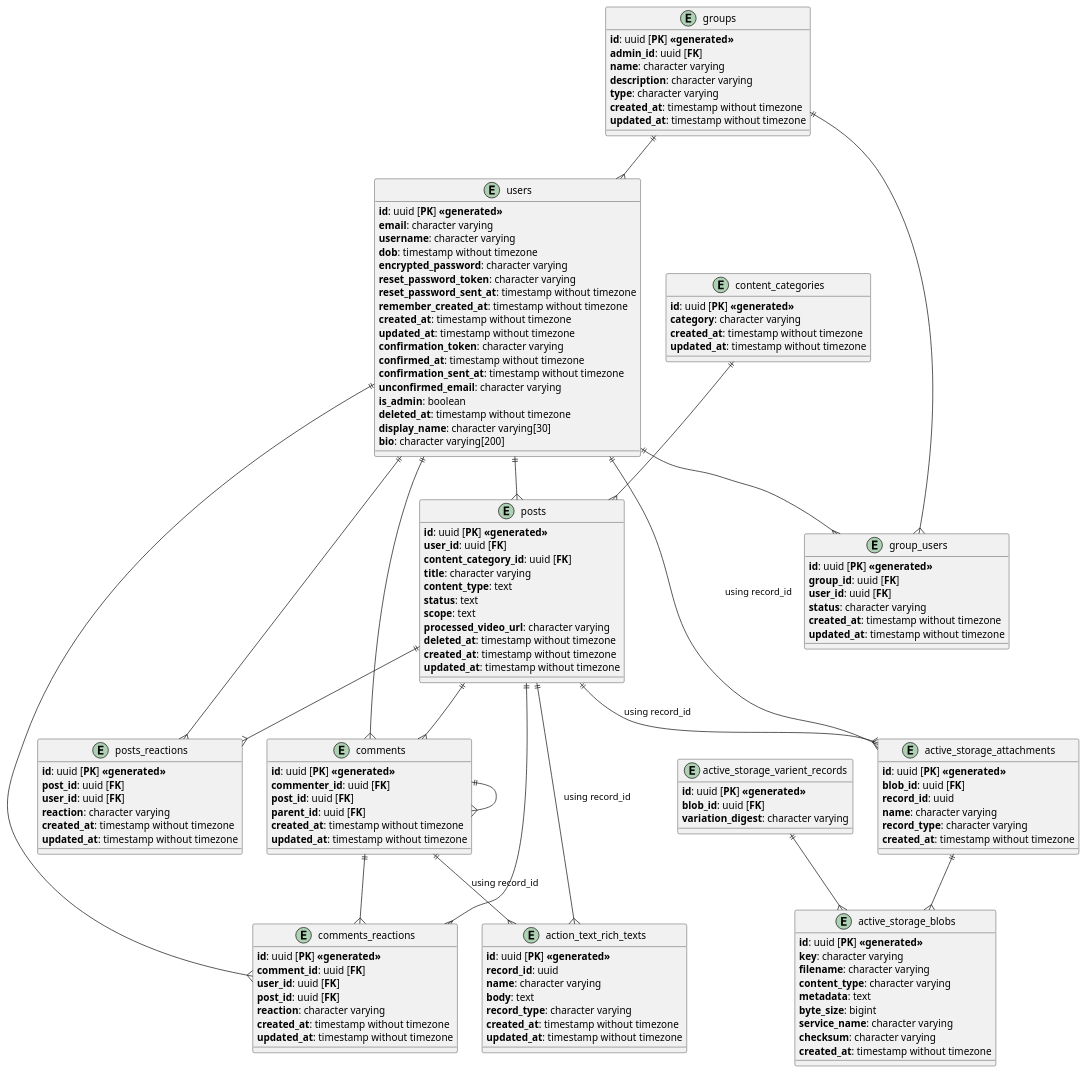
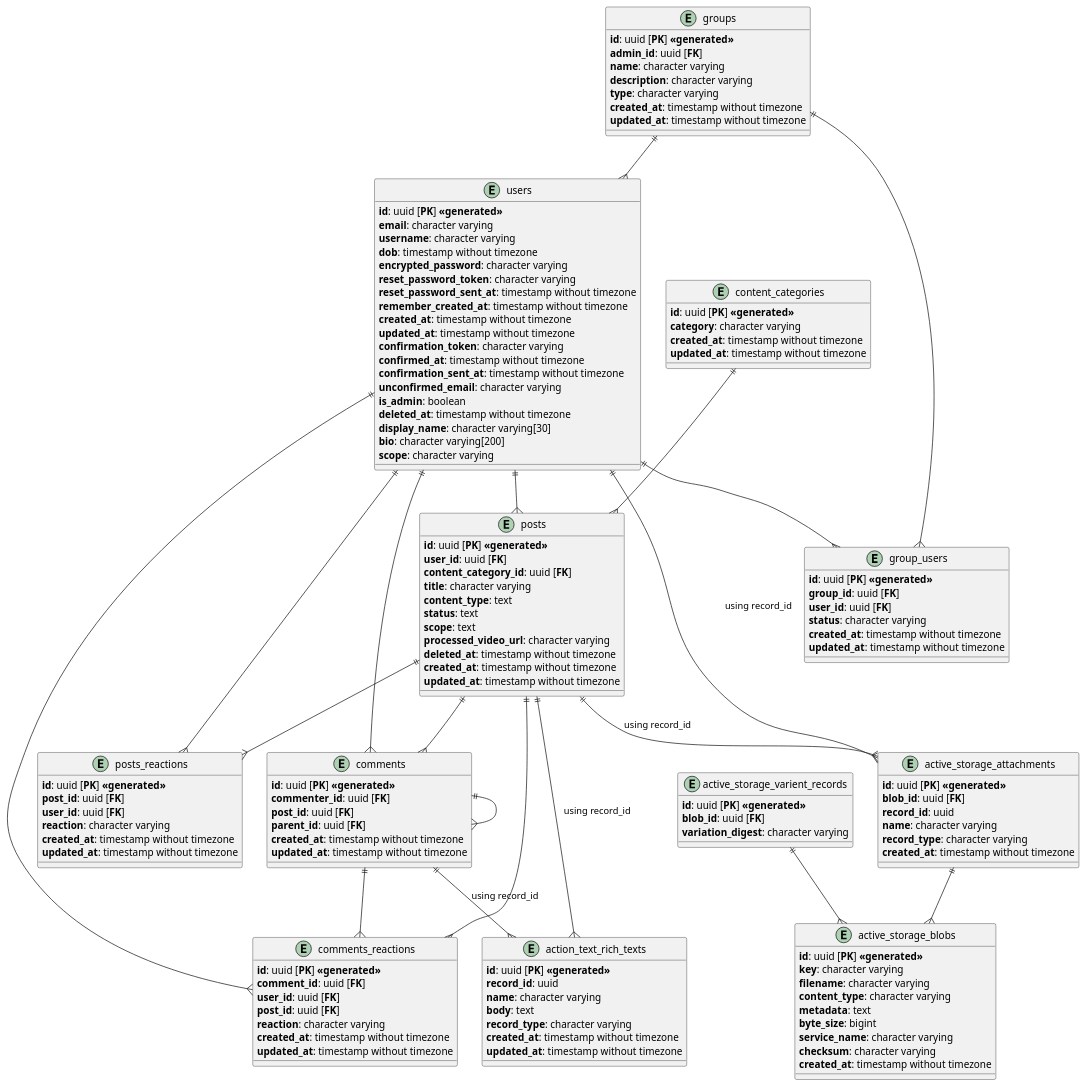
One commit to Chetan0211/karma_loop changed the diagram in design/entity_diagram.puml. Above: the diagram before and after it, drawn with PlantUML.

Commit message:
add scope to user in entity diagram

```diff
--- a/design/entity_diagram.puml
+++ b/design/entity_diagram.puml
@@ -1,167 +1,168 @@
 @startuml entity
 
 entity users{
   **id**: uuid [**PK**] **<<generated>>**
   **email**: character varying
   **username**: character varying
   **dob**: timestamp without timezone
   **encrypted_password**: character varying
   **reset_password_token**: character varying
   **reset_password_sent_at**: timestamp without timezone
   **remember_created_at**: timestamp without timezone
   **created_at**: timestamp without timezone
   **updated_at**: timestamp without timezone
   **confirmation_token**: character varying
   **confirmed_at**: timestamp without timezone
   **confirmation_sent_at**: timestamp without timezone
   **unconfirmed_email**: character varying
   **is_admin**: boolean
   **deleted_at**: timestamp without timezone
   **display_name**: character varying[30]
   **bio**: character varying[200]
+  **scope**: character varying
 }
 
 entity content_categories{
   **id**: uuid [**PK**] **<<generated>>**
   **category**: character varying
   **created_at**: timestamp without timezone
   **updated_at**: timestamp without timezone
 }
 
 entity posts{
   **id**: uuid [**PK**] **<<generated>>**
   **user_id**: uuid [**FK**]
   **content_category_id**: uuid [**FK**]
   **title**: character varying
   **content_type**: text
   **status**: text
   **scope**: text
   **processed_video_url**: character varying
   **deleted_at**: timestamp without timezone
   **created_at**: timestamp without timezone
   **updated_at**: timestamp without timezone
 }
 
 entity posts_reactions{
   **id**: uuid [**PK**] **<<generated>>**
   **post_id**: uuid [**FK**]
   **user_id**: uuid [**FK**]
   **reaction**: character varying
   **created_at**: timestamp without timezone
   **updated_at**: timestamp without timezone
 }
 
 entity comments{
   **id**: uuid [**PK**] **<<generated>>**
   **commenter_id**: uuid [**FK**]
   **post_id**: uuid [**FK**]
   **parent_id**: uuid [**FK**]
   **created_at**: timestamp without timezone
   **updated_at**: timestamp without timezone
 }
 
 entity comments_reactions{
   **id**: uuid [**PK**] **<<generated>>**
   **comment_id**: uuid [**FK**]
   **user_id**: uuid [**FK**]
   **post_id**: uuid [**FK**]
   **reaction**: character varying
   **created_at**: timestamp without timezone
   **updated_at**: timestamp without timezone
 }
 
 entity groups{
   **id**: uuid [**PK**] **<<generated>>**
   **admin_id**: uuid [**FK**]
   **name**: character varying
   **description**: character varying
   **type**: character varying
   **created_at**: timestamp without timezone
   **updated_at**: timestamp without timezone
 }
 
 entity group_users{
   **id**: uuid [**PK**] **<<generated>>**
   **group_id**: uuid [**FK**]
   **user_id**: uuid [**FK**]
   **status**: character varying
   **created_at**: timestamp without timezone
   **updated_at**: timestamp without timezone
 }
 
 ' Rich text generated table
 entity action_text_rich_texts{
   **id**: uuid [**PK**] **<<generated>>**
   **record_id**: uuid
   **name**: character varying
   **body**: text
   **record_type**: character varying
   **created_at**: timestamp without timezone
   **updated_at**: timestamp without timezone
 }
 
 ' Active storage generated table
 entity active_storage_attachments{
   **id**: uuid [**PK**] **<<generated>>**
   **blob_id**: uuid [**FK**]
   **record_id**: uuid
   **name**: character varying
   **record_type**: character varying
   **created_at**: timestamp without timezone
 }
 
 ' Active storage generated table
 entity active_storage_blobs{
   **id**: uuid [**PK**] **<<generated>>**
   **key**: character varying
   **filename**: character varying
   **content_type**: character varying
   **metadata**: text
   **byte_size**: bigint
   **service_name**: character varying
   **checksum**: character varying
   **created_at**: timestamp without timezone
 }
 
 ' Active storage generated table
 entity active_storage_varient_records{
   **id**: uuid [**PK**] **<<generated>>**
   **blob_id**: uuid [**FK**]
   **variation_digest**: character varying
 }
 
 posts ||--{ action_text_rich_texts : "using record_id"
 comments ||--{ action_text_rich_texts : "using record_id"
 
 users ||--{ active_storage_attachments : "using record_id"
 posts ||--{ active_storage_attachments : "using record_id"
 
 
 active_storage_varient_records ||--{ active_storage_blobs
 active_storage_attachments ||--{ active_storage_blobs
 
 
 users ||--{ posts
 content_categories ||--{ posts
 
 posts ||--{ posts_reactions
 users ||--{ posts_reactions
 
 posts ||--{ comments
 comments ||--{ comments
 users ||--{ comments
 
 comments ||--{ comments_reactions
 users ||--{ comments_reactions
 posts ||--{ comments_reactions
 
 groups ||--{ group_users
 users ||--{ group_users
 
 groups ||--{ users
 
 }
 
 
 
 @enduml
```
